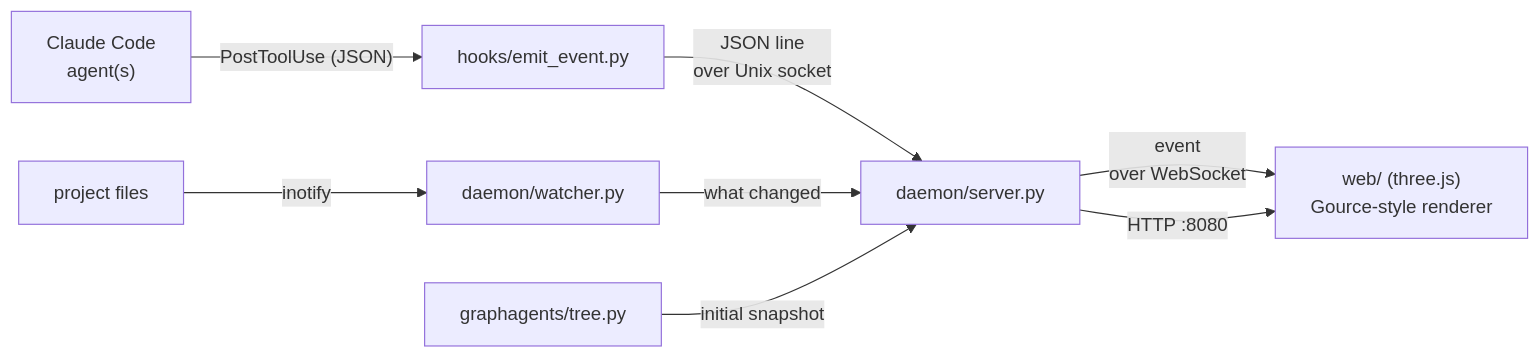
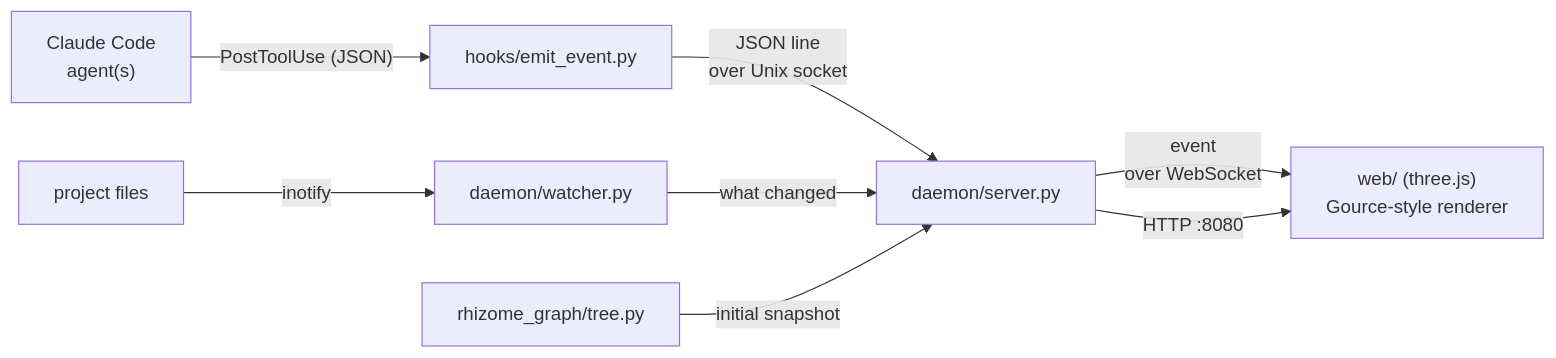
Before and after one commit to BrunoCremaFerreira/graph-agents: the diagram in README.md, drawn with Mermaid. The commit also changed other lines of this file and 69 other files, not shown here.

First line of the commit message:
Rename the project to rhizome-graph

````diff
--- a/README.md
+++ b/README.md
@@ -22,10 +22,10 @@
 ```mermaid
 flowchart LR
     A["Claude Code<br/>agent(s)"] -->|"PostToolUse (JSON)"| B["hooks/emit_event.py"]
     B -->|"JSON line<br/>over Unix socket"| C["daemon/server.py"]
     F["project files"] -->|"inotify"| W["daemon/watcher.py"]
     W -->|"what changed"| C
-    T["graphagents/tree.py"] -->|"initial snapshot"| C
+    T["rhizome_graph/tree.py"] -->|"initial snapshot"| C
     C -->|"event<br/>over WebSocket"| D["web/ (three.js)<br/>Gource-style renderer"]
     C -->|"HTTP :8080"| D
 ```
````
